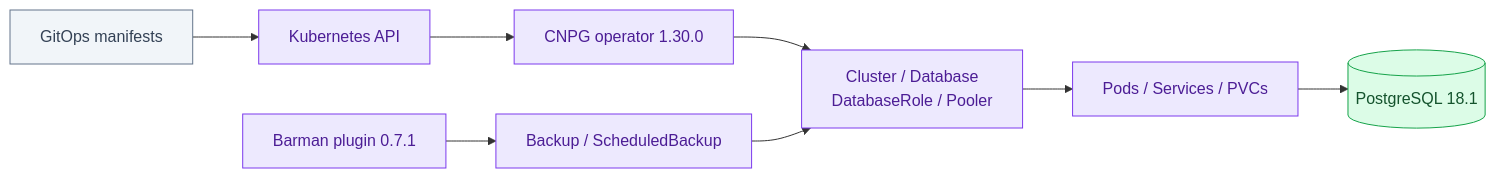
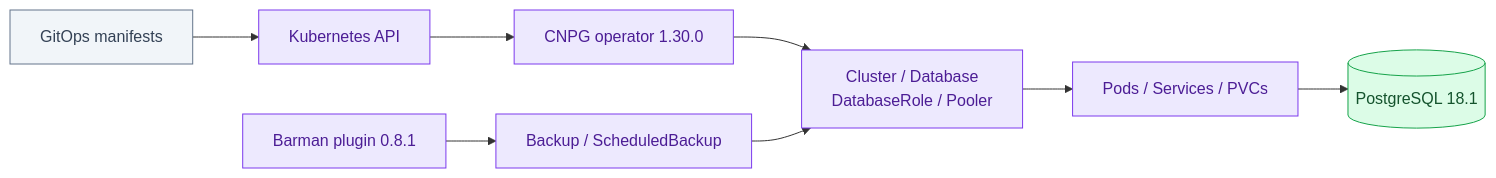
The diagram in docs/databases/cloudnativepg.md (duynhlab/homelab), drawn with Mermaid before and after one commit. The commit also changed other lines of this file and 19 other files, not shown here.

````diff
--- a/docs/databases/cloudnativepg.md
+++ b/docs/databases/cloudnativepg.md
@@ -21,17 +21,17 @@
 ```mermaid
 flowchart LR
     Git["GitOps manifests"] --> API["Kubernetes API"]
     API --> Operator["CNPG operator 1.30.0"]
     Operator --> CRs["Cluster / Database<br/>DatabaseRole / Pooler"]
     CRs --> Runtime["Pods / Services / PVCs"]
     Runtime --> PG[("PostgreSQL 18.1")]
-    Barman["Barman plugin 0.7.1"] --> Backup["Backup / ScheduledBackup"]
+    Barman["Barman plugin 0.8.1"] --> Backup["Backup / ScheduledBackup"]
     Backup --> CRs
 
     classDef platform fill:#ede9fe,color:#4c1d95,stroke:#7c3aed;
     classDef data fill:#dcfce7,color:#14532d,stroke:#16a34a;
     classDef external fill:#f1f5f9,color:#334155,stroke:#64748b;
     class Git external;
     class API,Operator,CRs,Runtime,Barman,Backup platform;
     class PG data;
 ```
````
